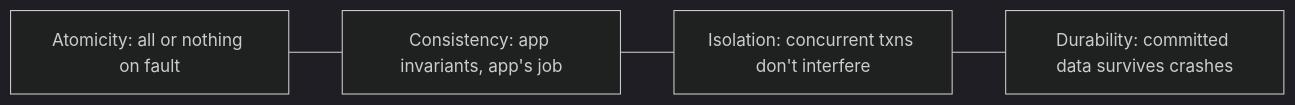
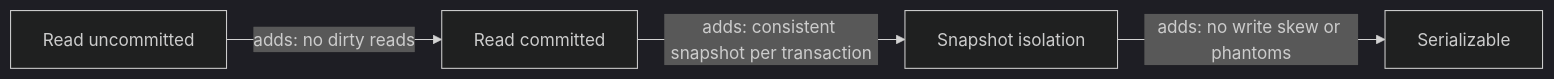
Before and after one commit to alvinnew100/grand-line-study-guide: the diagram in src/databases/lessons/15-acid-weak-isolation.md, drawn with Mermaid (dark theme). The commit also changed other lines of this file and 21 other files, not shown here.

````diff
--- a/src/databases/lessons/15-acid-weak-isolation.md
+++ b/src/databases/lessons/15-acid-weak-isolation.md
@@ -37,6 +62,6 @@
 ```mermaid
 flowchart LR
-  A[Atomicity: all or nothing on fault] --- C[Consistency: app invariants, app's job]
-  C --- I[Isolation: concurrent txns don't interfere]
-  I --- D[Durability: committed data survives crashes]
+  RU[Read uncommitted] -->|adds: no dirty reads| RC[Read committed]
+  RC -->|adds: consistent snapshot per transaction| SI[Snapshot isolation]
+  SI -->|adds: no write skew or phantoms| SER[Serializable]
 ```
````
